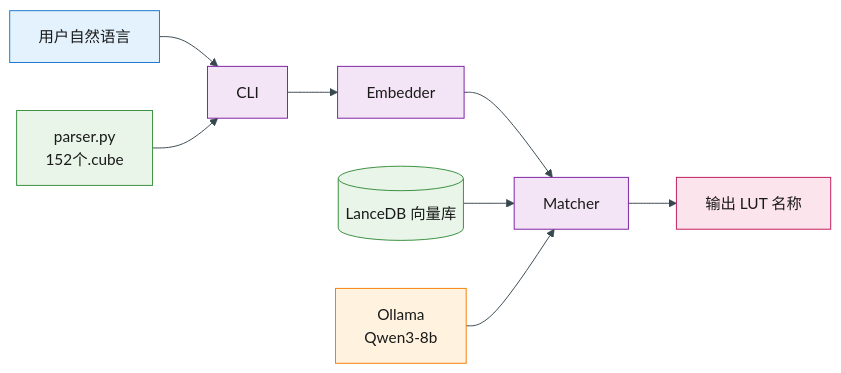
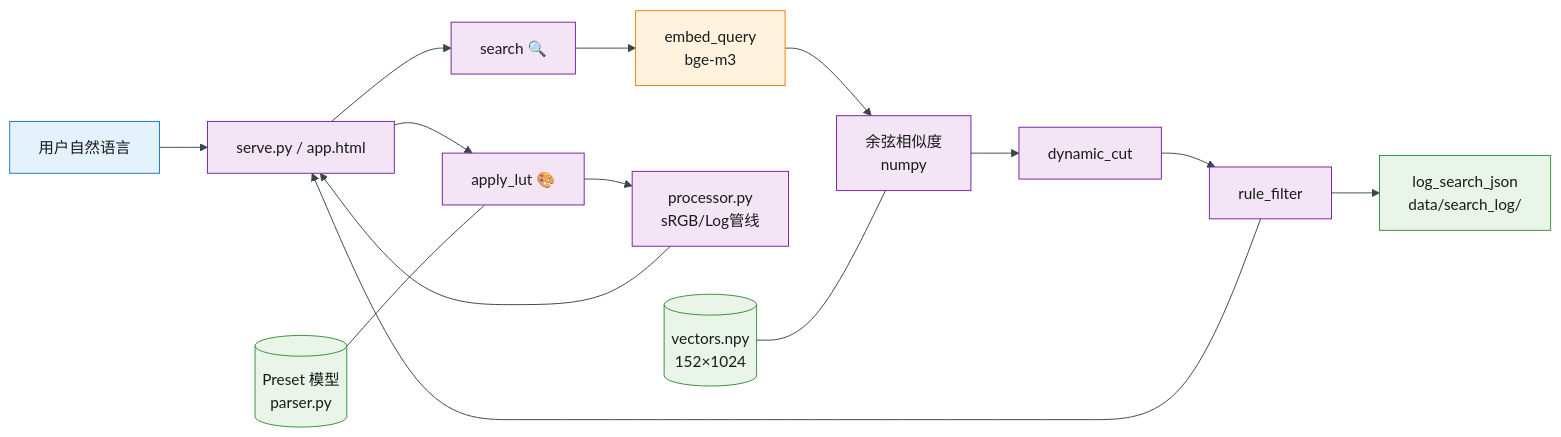
The diagram in docs/architecture.md (Chisen2Code/ProjectLUT), drawn with Mermaid before and after one commit. The commit also changed other lines of this file and 34 other files, not shown here.

````diff
--- a/docs/architecture.md
+++ b/docs/architecture.md
@@ -1,21 +1,27 @@
 ```mermaid
 %%{init: {'theme': 'base', 'themeVariables': { 'primaryTextColor': '#1a1a1a', 'lineColor': '#37474f' }}}%%
 flowchart LR
-    %% 样式定义（规范配色）
-    classDef user fill:#e3f2fd,stroke:#1976d2,stroke-width:1px
-    classDef process fill:#f3e5f5,stroke:#7b1fa2,stroke-width:1px
-    classDef data fill:#e8f5e8,stroke:#388e3c,stroke-width:1px
-    classDef model fill:#fff3e0,stroke:#f57c00,stroke-width:1px
-    classDef output fill:#fce4ec,stroke:#c2185b,stroke-width:1px
+    classDef user fill:#e3f2fd,stroke:#1976d2
+    classDef process fill:#f3e5f5,stroke:#7b1fa2
+    classDef data fill:#e8f5e8,stroke:#388e3c
+    classDef model fill:#fff3e0,stroke:#f57c00
 
-    %% 主流程
-    User[用户自然语言]:::user --> CLI[CLI]:::process
-    CLI --> Embedder[Embedder]:::process
-    Embedder --> Matcher[Matcher]:::process
-    Matcher --> Output[输出 LUT 名称]:::output
+    User[用户自然语言]:::user --> FE[serve.py / app.html]:::process
+    FE --> Search[search 🔍]:::process
+    FE --> Apply[apply_lut 🎨]:::process
 
-    %% 下方模块
-    P[parser.py<br/>152个.cube]:::data --> CLI
-    DB[(LanceDB 向量库)]:::data --> Matcher
-    Ollama[Ollama<br/>Qwen3-8b]:::model --> Matcher
+    Search --> Embed[embed_query<br/>bge-m3]:::model
+    Embed --> Cos[余弦相似度<br/>numpy]:::process
+    Cos --> Cut[dynamic_cut]:::process
+    Cut --> Rule[rule_filter]:::process
+    Rule --> Log[log_search_json<br/>data/search_log/]:::data
+    Rule --> FE
+
+    Apply --> Pipe[processor.py<br/>sRGB/Log管线]:::process
+    Pipe --> FE
+
+    VEC[(vectors.npy<br/>152×1024)]:::data --- Cos
+    PRE[(Preset 模型<br/>parser.py)]:::data --- Apply
+
+    classDef output fill:#fce4ec,stroke:#c2185b
 ```
````
